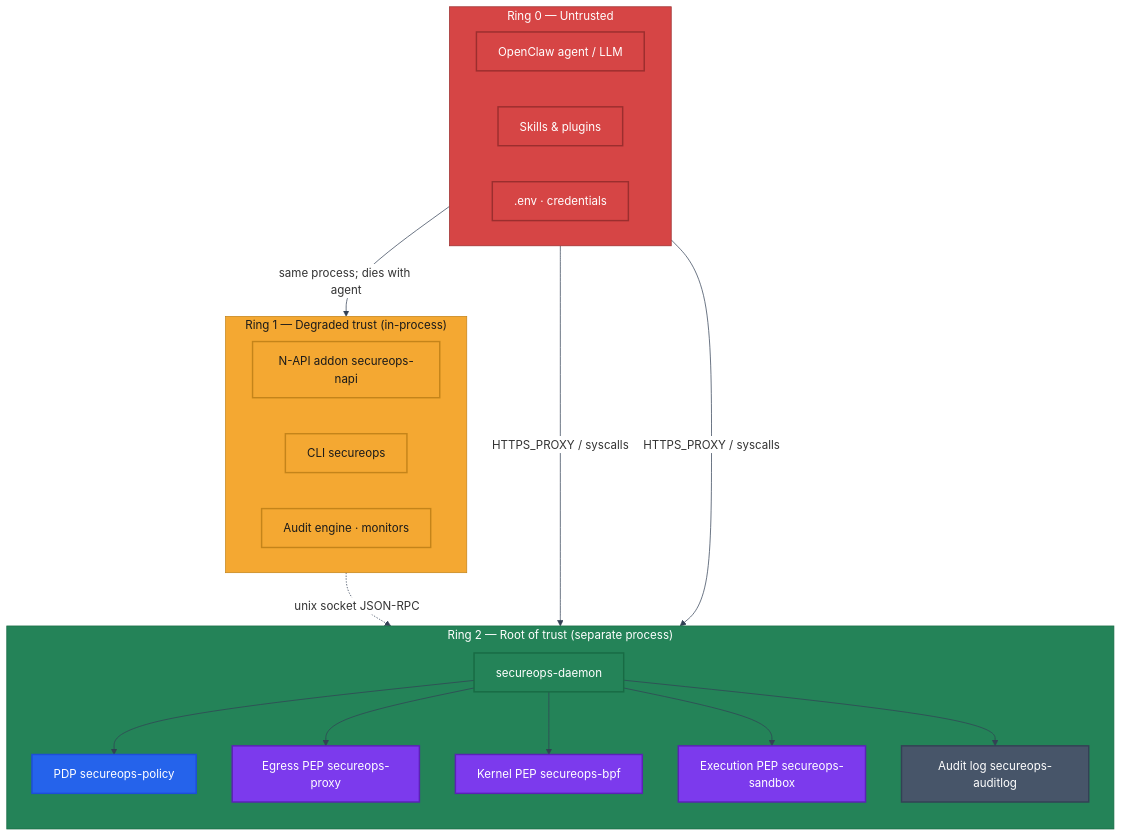
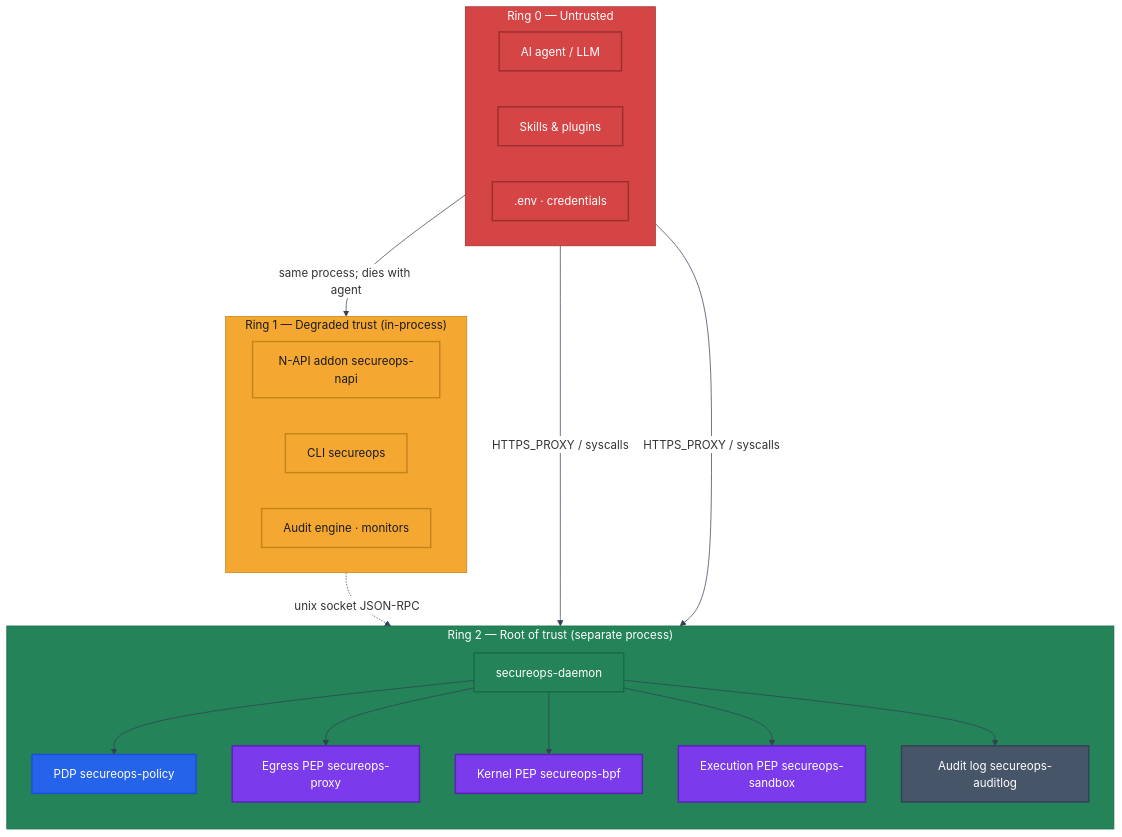
One commit to aryasoni98/secureops changed the first of 3 diagrams in README.md. Above: the diagram before and after it, drawn with Mermaid. The commit also changed other lines of this file, not shown here.

First line of the commit message:
docs: rework README for open-source consumers

````diff
--- a/README.md
+++ b/README.md
@@ -43,52 +126,52 @@
 ```mermaid
 %%{init: {'theme': 'base', 'themeVariables': {'lineColor': '#334155', 'clusterBkg': '#F8FAFC', 'titleColor': '#1A1A1A', 'clusterTextColor': '#1A1A1A', 'textColor': '#1A1A1A', 'edgeLabelBackground': '#FFFFFF'}}}%%
 flowchart TB
   subgraph R0["Ring 0 — Untrusted"]
     direction LR
-    AGENT[OpenClaw agent / LLM]
+    AGENT[AI agent / LLM]
     SKILLS[Skills & plugins]
     SECRETS[.env · credentials]
   end
 
   subgraph R1["Ring 1 — Degraded trust (in-process)"]
     direction LR
     NAPI[N-API addon secureops-napi]
     CLI[CLI secureops]
     CHECKS[Audit engine · monitors]
   end
 
   subgraph R2["Ring 2 — Root of trust (separate process)"]
     direction TB
     DAEMON[secureops-daemon]
     PDP[PDP secureops-policy]
     PEP1[Egress PEP secureops-proxy]
     PEP2[Kernel PEP secureops-bpf]
     PEP3[Execution PEP secureops-sandbox]
     LOG[Audit log secureops-auditlog]
     DAEMON --> PDP
     DAEMON --> PEP1 & PEP2 & PEP3
     DAEMON --> LOG
   end
 
   R0 -->|"same process; dies with agent"| R1
   R1 -.->|"unix socket JSON-RPC"| R2
   R0 -->|"HTTPS_PROXY / syscalls"| PEP1 & PEP2
 
   classDef ring0 fill:#D64545,stroke:#9B2E2E,color:#FFFFFF,stroke-width:2px
   classDef ring1 fill:#F4A832,stroke:#C4841A,color:#1A1A1A,stroke-width:2px
   classDef ring2 fill:#248358,stroke:#186B44,color:#FFFFFF,stroke-width:2px
   classDef pdp fill:#2563EB,stroke:#1D4ED8,color:#FFFFFF,stroke-width:2px
   classDef pep fill:#7C3AED,stroke:#5B21B6,color:#FFFFFF,stroke-width:2px
   classDef audit fill:#475569,stroke:#334155,color:#FFFFFF,stroke-width:2px
 
   class AGENT,SKILLS,SECRETS ring0
   class NAPI,CLI,CHECKS ring1
   class DAEMON ring2
   class PDP pdp
   class PEP1,PEP2,PEP3 pep
   class LOG audit
 
   style R0 fill:#D64545,stroke:#9B2E2E,color:#FFFFFF
   style R1 fill:#F4A832,stroke:#C4841A,color:#1A1A1A
   style R2 fill:#248358,stroke:#186B44,color:#FFFFFF
 ```
````
